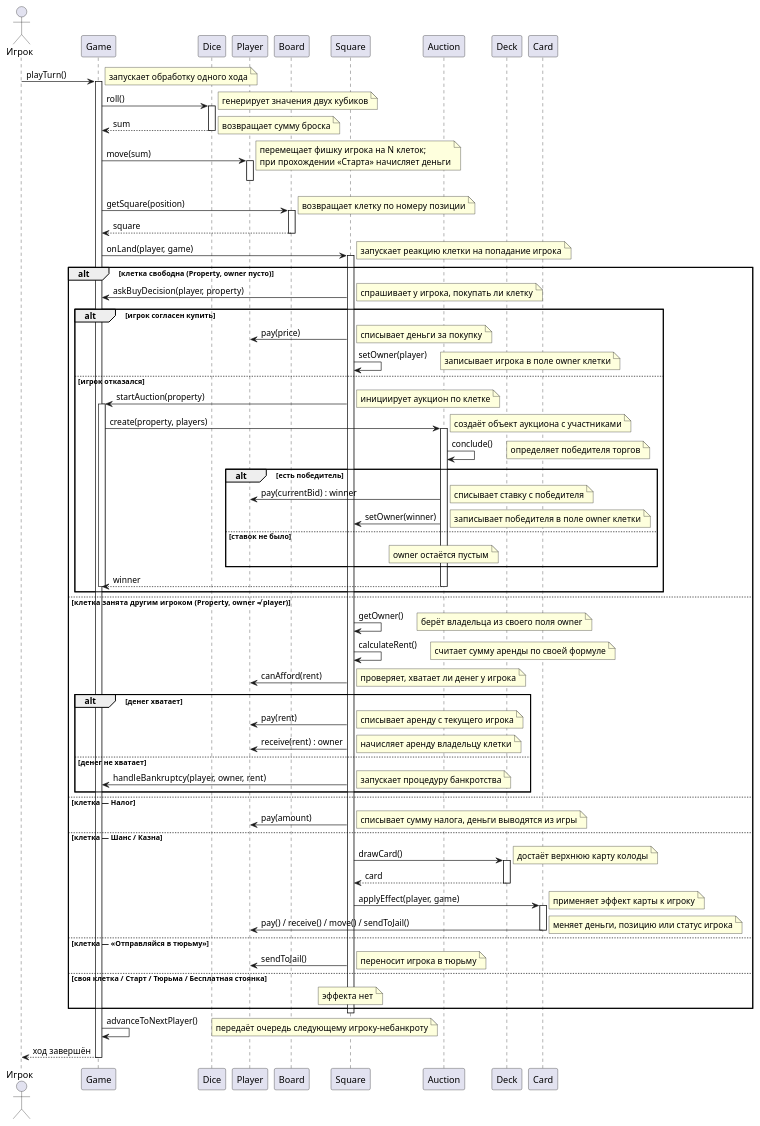
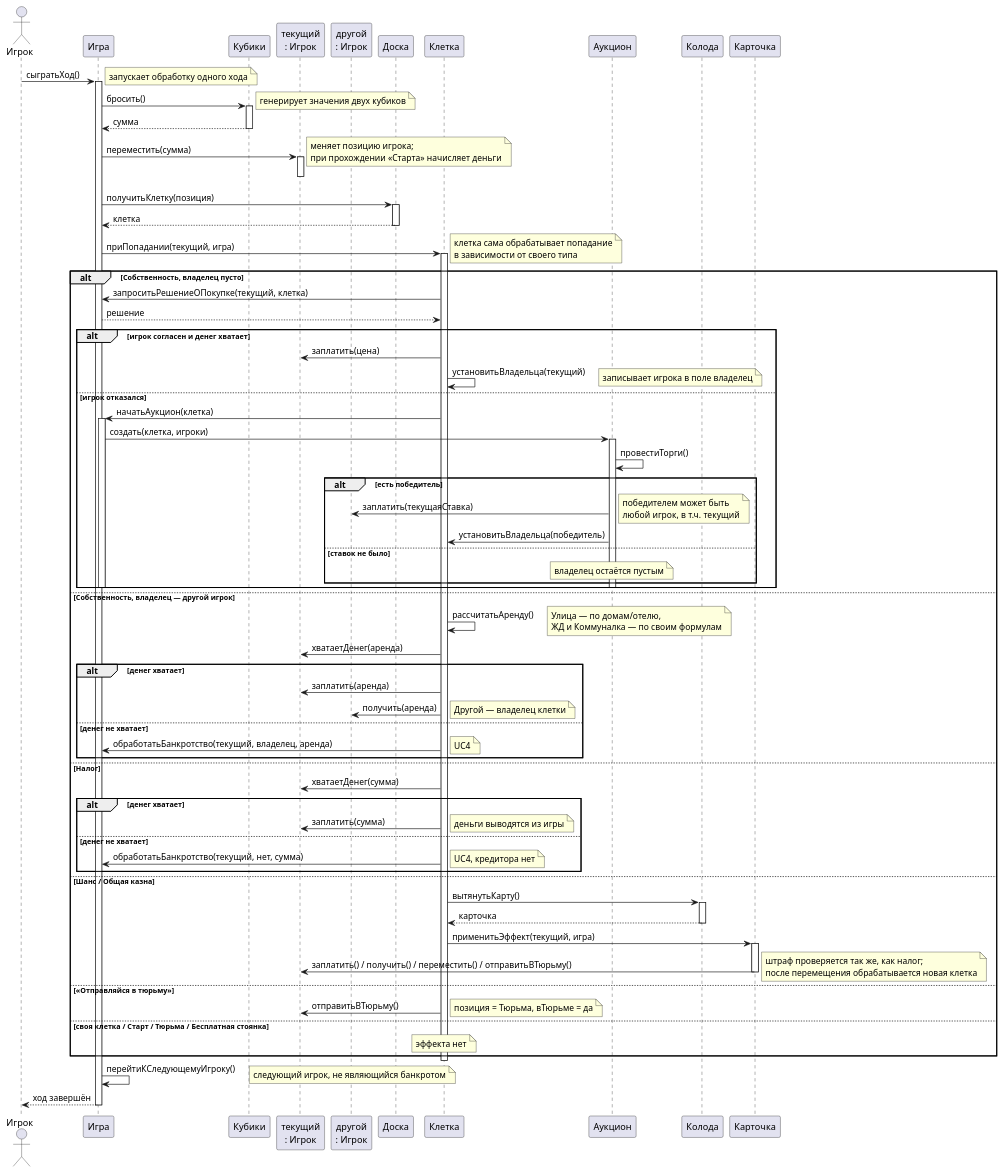
Before and after one commit to penamarth/bsbo-11-24_team4_var14_monopoly: the diagram in прецеденты/Сыграть ход/Диаграмма последовательности Сыграть ход.puml, drawn with PlantUML. The commit also changed 10 other files, not shown here.

```diff
--- a/прецеденты/Сыграть ход/Диаграмма последовательности Сыграть ход.puml
+++ b/прецеденты/Сыграть ход/Диаграмма последовательности Сыграть ход.puml
@@ -1,110 +1,111 @@
 @startuml
 
-actor Игрок
+actor "Игрок" as Пользователь
+participant "Игра" as Игра
+participant "Кубики" as Кубики
+participant "текущий\n: Игрок" as Текущий
+participant "другой\n: Игрок" as Другой
+participant "Доска" as Доска
+participant "Клетка" as Клетка
+participant "Аукцион" as Аукцион
+participant "Колода" as Колода
+participant "Карточка" as Карточка
 
-Игрок -> Game : playTurn()
+Пользователь -> Игра : сыгратьХод()
 note right: запускает обработку одного хода
-activate Game
+activate Игра
 
-Game -> Dice : roll()
+Игра -> Кубики : бросить()
 note right: генерирует значения двух кубиков
-activate Dice
-Game <-- Dice : sum
-note right: возвращает сумму броска
-deactivate Dice
+activate Кубики
+Игра <-- Кубики : сумма
+deactivate Кубики
 
-Game -> Player : move(sum)
-note right: перемещает фишку игрока на N клеток;\nпри прохождении «Старта» начисляет деньги
-activate Player
-deactivate Player
+Игра -> Текущий : переместить(сумма)
+note right: меняет позицию игрока;\nпри прохождении «Старта» начисляет деньги
+activate Текущий
+deactivate Текущий
 
-Game -> Board : getSquare(position)
-note right: возвращает клетку по номеру позиции
-activate Board
-Game <-- Board : square
-deactivate Board
+Игра -> Доска : получитьКлетку(позиция)
+activate Доска
+Игра <-- Доска : клетка
+deactivate Доска
 
-Game -> Square : onLand(player, game)
-note right: запускает реакцию клетки на попадание игрока
-activate Square
+Игра -> Клетка : приПопадании(текущий, игра)
+note right: клетка сама обрабатывает попадание\nв зависимости от своего типа
+activate Клетка
 
-alt клетка свободна (Property, owner пусто)
-    Square -> Game : askBuyDecision(player, property)
-    note right: спрашивает у игрока, покупать ли клетку
-    alt игрок согласен купить
-        Square -> Player : pay(price)
-        note right: списывает деньги за покупку
-        Square -> Square : setOwner(player)
-        note right: записывает игрока в поле owner клетки
+alt Собственность, владелец пусто
+    Клетка -> Игра : запроситьРешениеОПокупке(текущий, клетка)
+    Клетка <-- Игра : решение
+    alt игрок согласен и денег хватает
+        Клетка -> Текущий : заплатить(цена)
+        Клетка -> Клетка : установитьВладельца(текущий)
+        note right: записывает игрока в поле владелец
     else игрок отказался
-        Square -> Game : startAuction(property)
-        note right: инициирует аукцион по клетке
-        activate Game
-        Game -> Auction : create(property, players)
-        note right: создаёт объект аукциона с участниками
-        activate Auction
-        Auction -> Auction : conclude()
-        note right: определяет победителя торгов
+        Клетка -> Игра : начатьАукцион(клетка)
+        activate Игра
+        Игра -> Аукцион : создать(клетка, игроки)
+        activate Аукцион
+        Аукцион -> Аукцион : провестиТорги()
         alt есть победитель
-            Auction -> Player : pay(currentBid) : winner
-            note right: списывает ставку с победителя
-            Auction -> Square : setOwner(winner)
-            note right: записывает победителя в поле owner клетки
+            Аукцион -> Другой : заплатить(текущаяСтавка)
+            note right: победителем может быть\nлюбой игрок, в т.ч. текущий
+            Аукцион -> Клетка : установитьВладельца(победитель)
         else ставок не было
-            note over Auction: owner остаётся пустым
+            note over Аукцион: владелец остаётся пустым
         end
-        Game <-- Auction : winner
-        deactivate Auction
-        deactivate Game
+        deactivate Аукцион
+        deactivate Игра
     end
 
-else клетка занята другим игроком (Property, owner ≠ player)
-    Square -> Square : getOwner()
-    note right: берёт владельца из своего поля owner
-    Square -> Square : calculateRent()
-    note right: считает сумму аренды по своей формуле
-    Square -> Player : canAfford(rent)
-    note right: проверяет, хватает ли денег у игрока
+else Собственность, владелец — другой игрок
+    Клетка -> Клетка : рассчитатьАренду()
+    note right: Улица — по домам/отелю,\nЖД и Коммуналка — по своим формулам
+    Клетка -> Текущий : хватаетДенег(аренда)
     alt денег хватает
-        Square -> Player : pay(rent)
-        note right: списывает аренду с текущего игрока
-        Square -> Player : receive(rent) : owner
-        note right: начисляет аренду владельцу клетки
+        Клетка -> Текущий : заплатить(аренда)
+        Клетка -> Другой : получить(аренда)
+        note right: Другой — владелец клетки
     else денег не хватает
-        Square -> Game : handleBankruptcy(player, owner, rent)
-        note right: запускает процедуру банкротства
+        Клетка -> Игра : обработатьБанкротство(текущий, владелец, аренда)
+        note right: UC4
     end
 
-else клетка — Налог
-    Square -> Player : pay(amount)
-    note right: списывает сумму налога, деньги выводятся из игры
+else Налог
+    Клетка -> Текущий : хватаетДенег(сумма)
+    alt денег хватает
+        Клетка -> Текущий : заплатить(сумма)
+        note right: деньги выводятся из игры
+    else денег не хватает
+        Клетка -> Игра : обработатьБанкротство(текущий, нет, сумма)
+        note right: UC4, кредитора нет
+    end
 
-else клетка — Шанс / Казна
-    Square -> Deck : drawCard()
-    note right: достаёт верхнюю карту колоды
-    activate Deck
-    Square <-- Deck : card
-    deactivate Deck
-    Square -> Card : applyEffect(player, game)
-    note right: применяет эффект карты к игроку
-    activate Card
-    Card -> Player : pay() / receive() / move() / sendToJail()
-    note right: меняет деньги, позицию или статус игрока
-    deactivate Card
+else Шанс / Общая казна
+    Клетка -> Колода : вытянутьКарту()
+    activate Колода
+    Клетка <-- Колода : карточка
+    deactivate Колода
+    Клетка -> Карточка : применитьЭффект(текущий, игра)
+    activate Карточка
+    Карточка -> Текущий : заплатить() / получить() / переместить() / отправитьВТюрьму()
+    note right: штраф проверяется так же, как налог;\nпосле перемещения обрабатывается новая клетка
+    deactivate Карточка
 
-else клетка — «Отправляйся в тюрьму»
-    Square -> Player : sendToJail()
-    note right: переносит игрока в тюрьму
+else «Отправляйся в тюрьму»
+    Клетка -> Текущий : отправитьВТюрьму()
+    note right: позиция = Тюрьма, вТюрьме = да
 
 else своя клетка / Старт / Тюрьма / Бесплатная стоянка
-    note over Square: эффекта нет
+    note over Клетка: эффекта нет
 end
 
-deactivate Square
+deactivate Клетка
 
-Game -> Game : advanceToNextPlayer()
-note right: передаёт очередь следующему игроку-небанкроту
-Игрок <-- Game : ход завершён
-deactivate Game
+Игра -> Игра : перейтиКСледующемуИгроку()
+note right: следующий игрок, не являющийся банкротом
+Пользователь <-- Игра : ход завершён
+deactivate Игра
 
 @enduml
```
